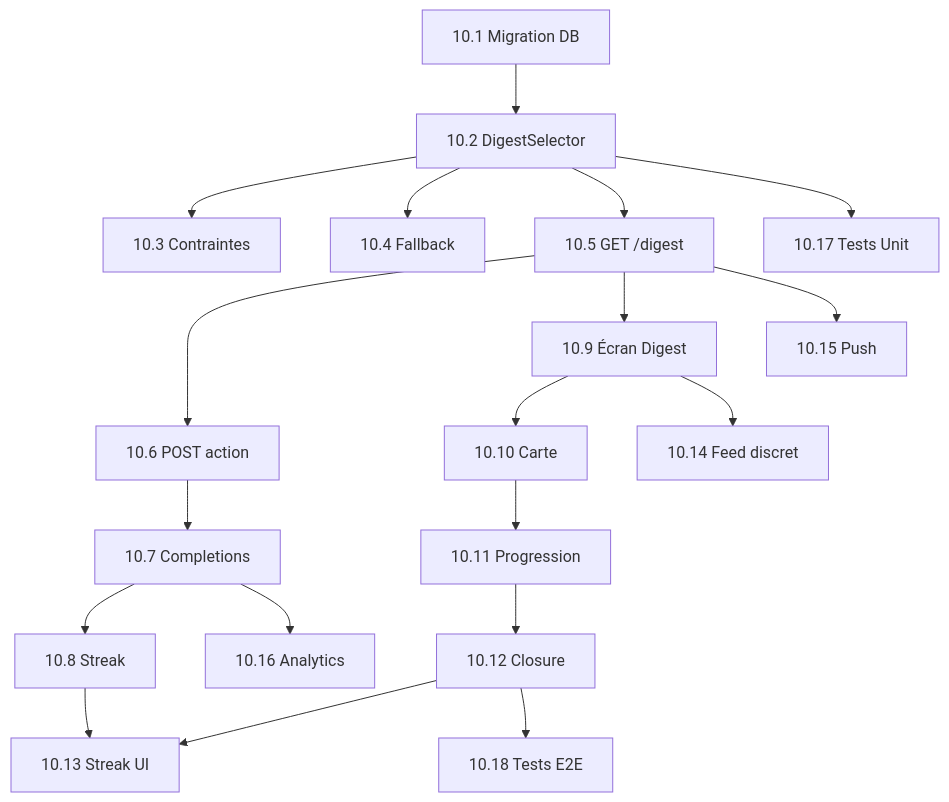
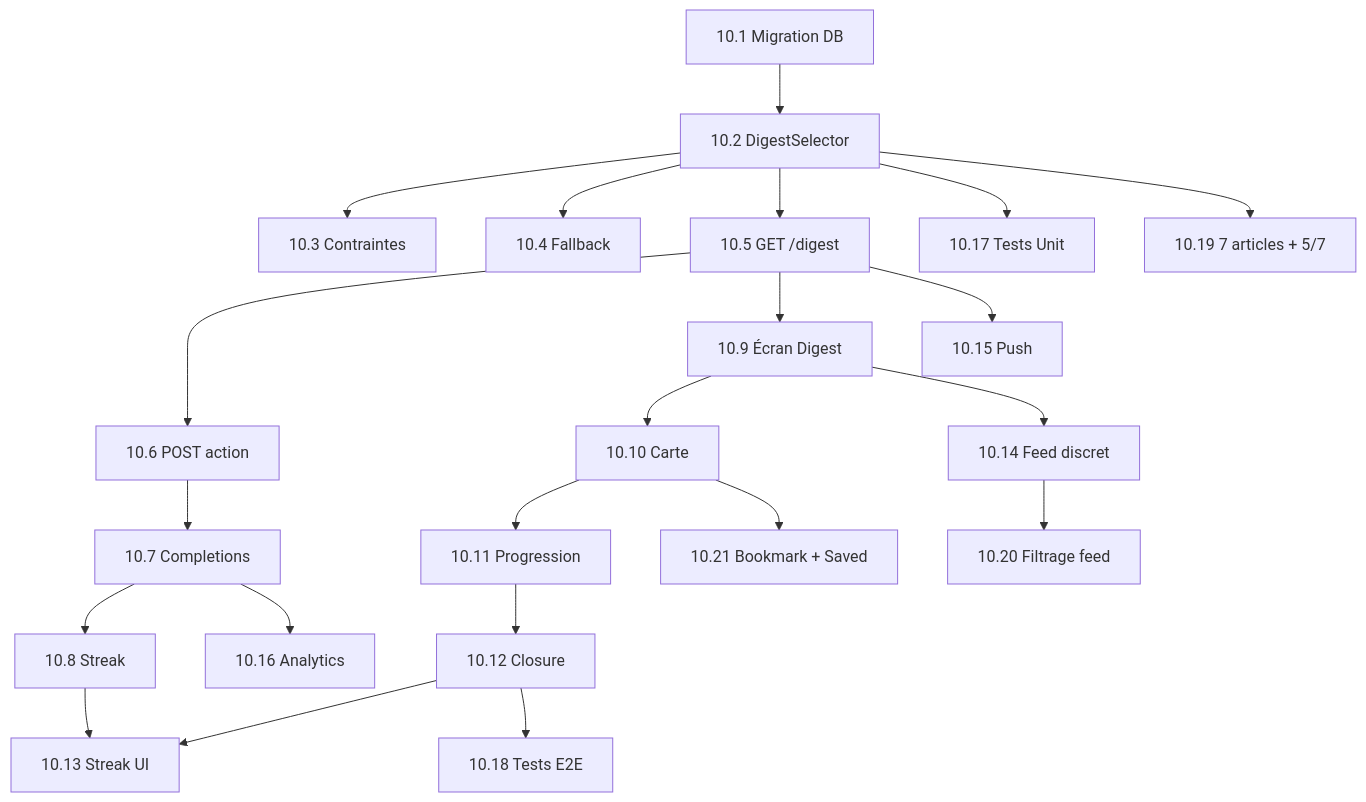
One commit to boujonlaurin-dotcom/facteur changed the diagram in docs/stories/core/10.digest-central/epic-10-digest-central.md. Above: the diagram before and after it, drawn with Mermaid. The commit also changed other lines of this file and 4 other files, not shown here.

````diff
--- a/docs/stories/core/10.digest-central/epic-10-digest-central.md
+++ b/docs/stories/core/10.digest-central/epic-10-digest-central.md
@@ -193,23 +212,27 @@
 ```mermaid
 graph TD
     10.1[10.1 Migration DB] --> 10.2[10.2 DigestSelector]
     10.2 --> 10.3[10.3 Contraintes]
     10.2 --> 10.4[10.4 Fallback]
     10.2 --> 10.5[10.5 GET /digest]
     10.5 --> 10.6[10.6 POST action]
     10.6 --> 10.7[10.7 Completions]
     10.7 --> 10.8[10.8 Streak]
     
     10.5 --> 10.9[10.9 Écran Digest]
     10.9 --> 10.10[10.10 Carte]
     10.10 --> 10.11[10.11 Progression]
     10.11 --> 10.12[10.12 Closure]
     
     10.8 --> 10.13[10.13 Streak UI]
     10.12 --> 10.13
     10.9 --> 10.14[10.14 Feed discret]
     10.5 --> 10.15[10.15 Push]
     10.7 --> 10.16[10.16 Analytics]
     10.2 --> 10.17[10.17 Tests Unit]
     10.12 --> 10.18[10.18 Tests E2E]
+
+    10.2 --> 10.19[10.19 7 articles + 5/7]
+    10.14 --> 10.20[10.20 Filtrage feed]
+    10.10 --> 10.21[10.21 Bookmark + Saved]
 ```
````
